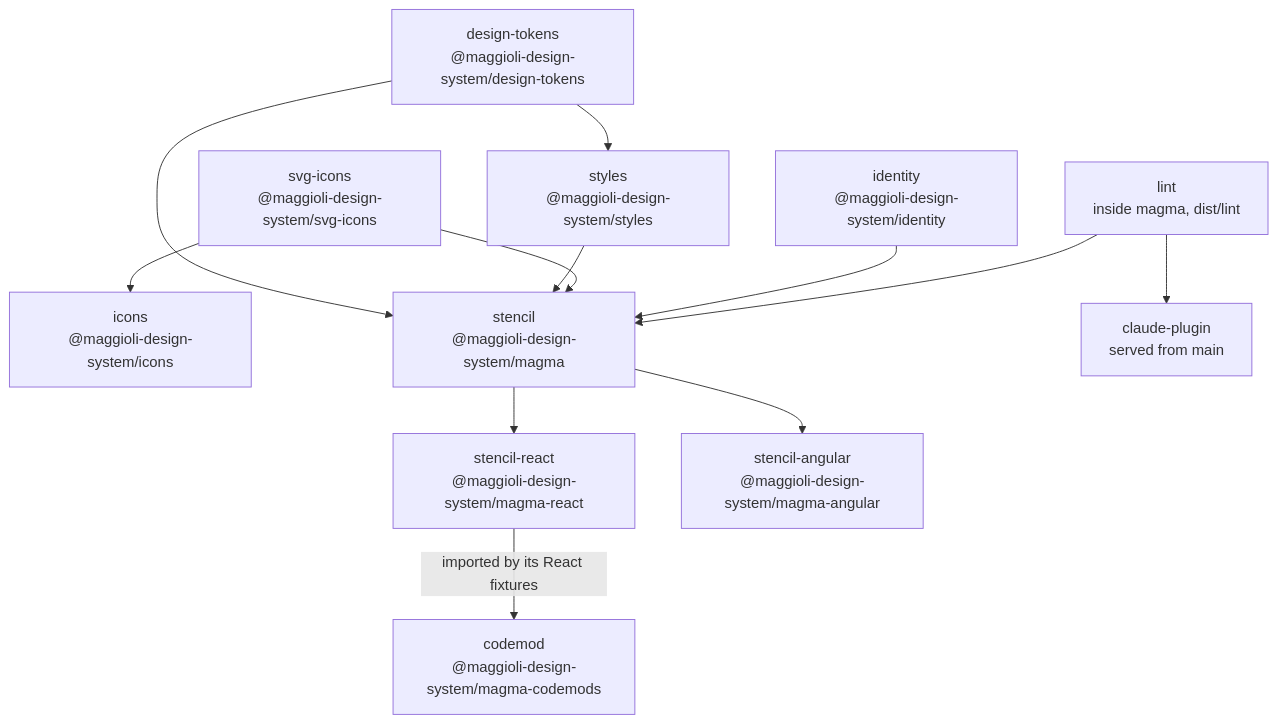
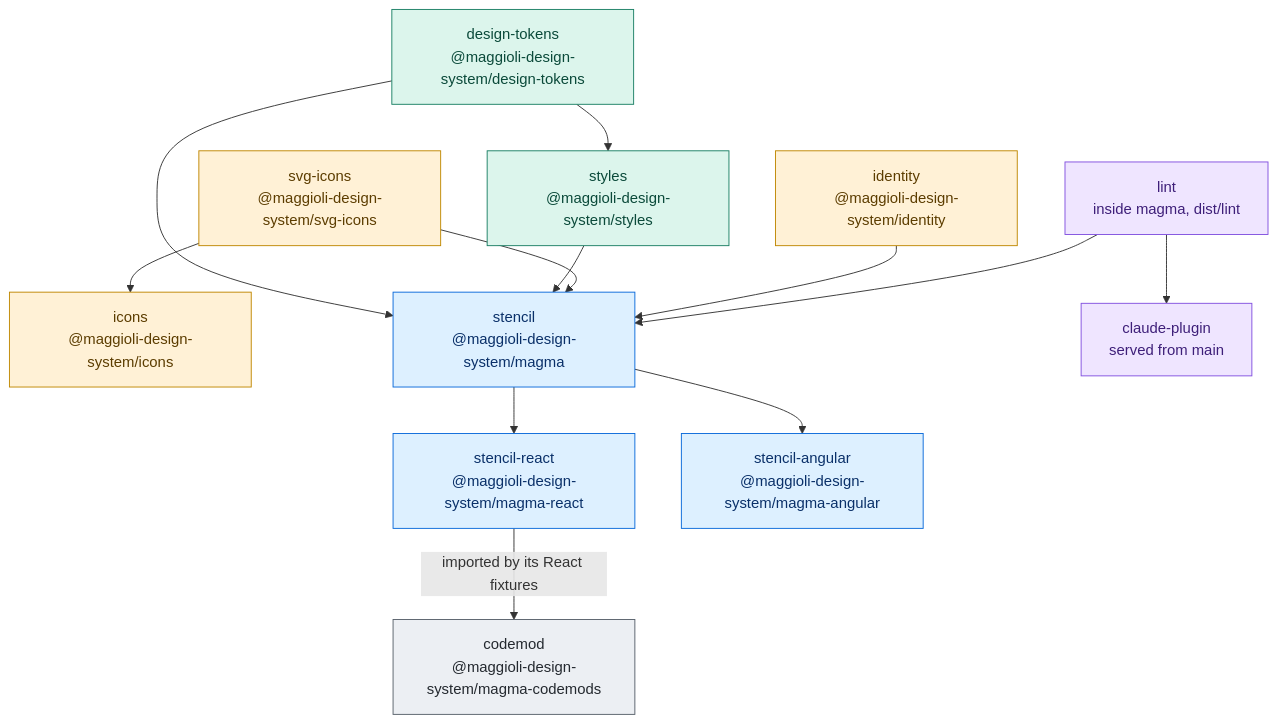
The first of 2 diagrams in docs/ARCHITECTURE.md (magma-design-system/magma), drawn with Mermaid before and after one commit. The commit also changed other lines of this file and 11 other files, not shown here.

First line of the commit message:
docs(magma): colour the diagrams of the projects by axis

````diff
--- a/docs/ARCHITECTURE.md
+++ b/docs/ARCHITECTURE.md
@@ -7,26 +7,38 @@
 ```mermaid
 graph TD
   DT["design-tokens<br/>@maggioli-design-system/design-tokens"]
   ID["identity<br/>@maggioli-design-system/identity"]
   SI["svg-icons<br/>@maggioli-design-system/svg-icons"]
   IC["icons<br/>@maggioli-design-system/icons"]
   ST["styles<br/>@maggioli-design-system/styles"]
   LINT["lint<br/>inside magma, dist/lint"]
   WC["stencil<br/>@maggioli-design-system/magma"]
   RE["stencil-react<br/>@maggioli-design-system/magma-react"]
   AN["stencil-angular<br/>@maggioli-design-system/magma-angular"]
   CM["codemod<br/>@maggioli-design-system/magma-codemods"]
   CP["claude-plugin<br/>served from main"]
 
   DT --> ST
   DT --> WC
   ST --> WC
   SI --> WC
   SI --> IC
   ID --> WC
   LINT --> WC
   LINT --> CP
   WC --> RE
   WC --> AN
   RE -->|"imported by its React fixtures"| CM
+  class LINT,CP ai
+  class ID,SI,IC assets
+  class DT,ST visual
+  class WC,RE,AN components
+  class CM tooling
+  classDef ai fill:#efe5ff,stroke:#8250df,color:#3e1f79
+  classDef assets fill:#fff1d6,stroke:#bf8700,color:#5c3d00
+  classDef visual fill:#dcf5ec,stroke:#1a7f64,color:#0b4a3a
+  classDef components fill:#ddf0ff,stroke:#0969da,color:#0a3069
+  classDef tooling fill:#eceff3,stroke:#57606a,color:#24292f
+  classDef outside fill:#ffffff,stroke:#8c959f,color:#24292f
+  classDef area fill:none,stroke:#8c959f
 ```
````
